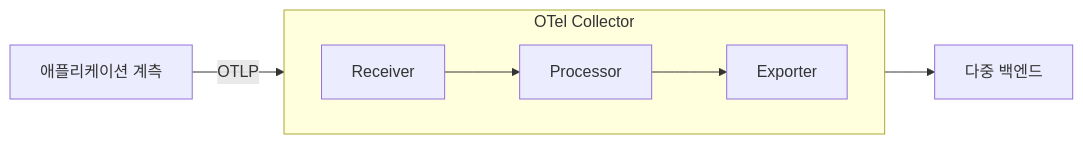
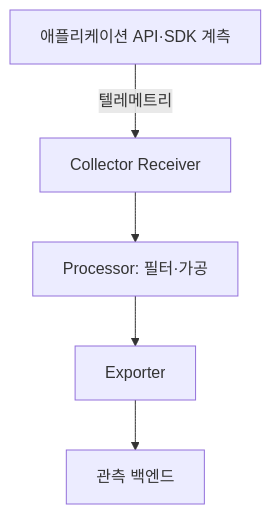
Before and after one commit to agnusdei1207/study: the second of 3 diagrams in src/content/docs/notes/itpe/02-software-engineering/096_opentelemetry.md, drawn with Mermaid. The commit also changed other lines of this file and 31 other files, not shown here.

````diff
--- a/src/content/docs/notes/itpe/02-software-engineering/096_opentelemetry.md
+++ b/src/content/docs/notes/itpe/02-software-engineering/096_opentelemetry.md
@@ -61,9 +93,7 @@
 ```mermaid
-flowchart LR
-    subgraph C["OTel Collector"]
-        direction LR
-        R["Receiver"] --> P["Processor"] --> E["Exporter"]
-    end
-    A["애플리케이션 계측"] -->|OTLP| R
-    E --> B["다중 백엔드"]
+flowchart TD
+    A["애플리케이션 API·SDK 계측"] -->|텔레메트리| C["Collector Receiver"]
+    C --> P["Processor: 필터·가공"]
+    P --> E["Exporter"]
+    E --> B["관측 백엔드"]
 ```
````
